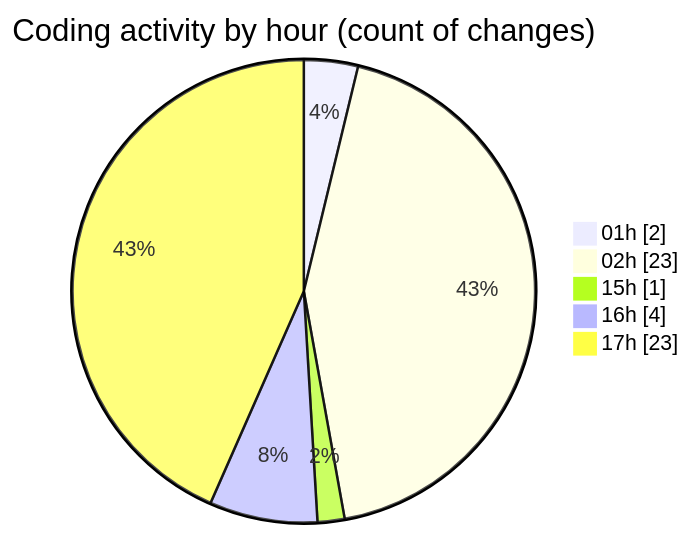
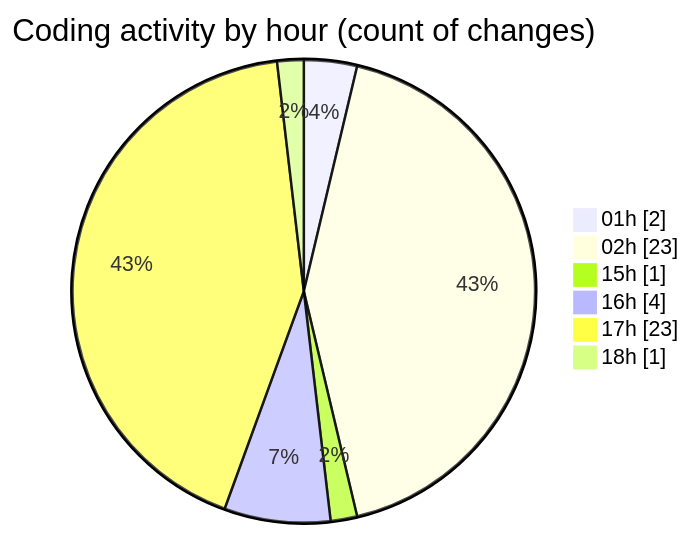
The second of 2 diagrams in 2025-10-01/open-health/README.md (mevix1/code-tracking), drawn with Mermaid before and after one commit. The commit also changed other lines of this file and 1 other file, not shown here.

````diff
--- a/2025-10-01/open-health/README.md
+++ b/2025-10-01/open-health/README.md
@@ -60,9 +61,10 @@
 ```mermaid
 pie showData
 title Coding activity by hour (count of changes)
 "01h" : 2
 "02h" : 23
 "15h" : 1
 "16h" : 4
 "17h" : 23
+"18h" : 1
 ```
````
